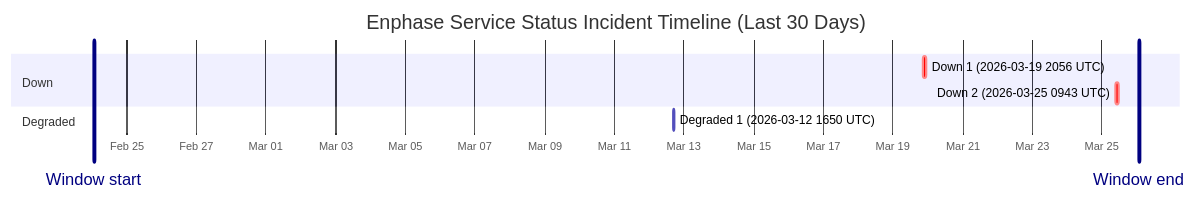
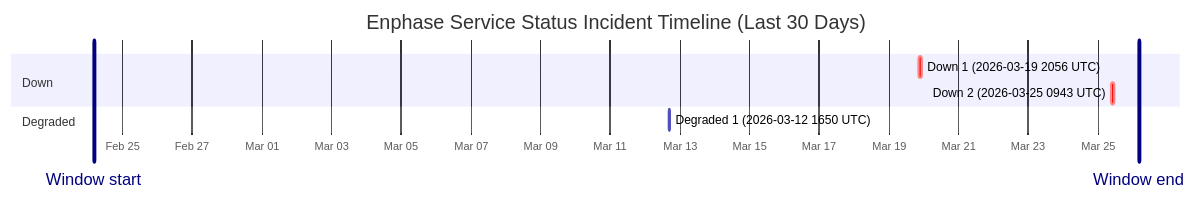
Before and after one commit to barneyonline/ha-enphase-ev-charger: the diagram in wiki/Service-Status-History.md, drawn with Mermaid. The commit also changed other lines of this file and 3 other files, not shown here.

````diff
--- a/wiki/Service-Status-History.md
+++ b/wiki/Service-Status-History.md
@@ -14,13 +14,13 @@
 ```mermaid
 gantt
     title Enphase Service Status Incident Timeline (Last 30 Days)
     dateFormat  YYYY-MM-DDTHH:mm:ss
     axisFormat  %b %d
-    Window start :vert, window-start, 2026-02-24T01:23:28, 0ms
-    Window end :vert, window-end, 2026-03-26T01:23:28, 0ms
+    Window start :vert, window-start, 2026-02-24T04:25:06, 0ms
+    Window end :vert, window-end, 2026-03-26T04:25:06, 0ms
     section Down
     Down 1 (2026-03-19 2056 UTC) :crit, down-1, 2026-03-19T20:56:20, 145m
     Down 2 (2026-03-25 0943 UTC) :crit, down-2, 2026-03-25T09:43:28, 111m
     section Degraded
     Degraded 1 (2026-03-12 1650 UTC) :active, degraded-1, 2026-03-12T16:50:43, 60m
 ```
````
